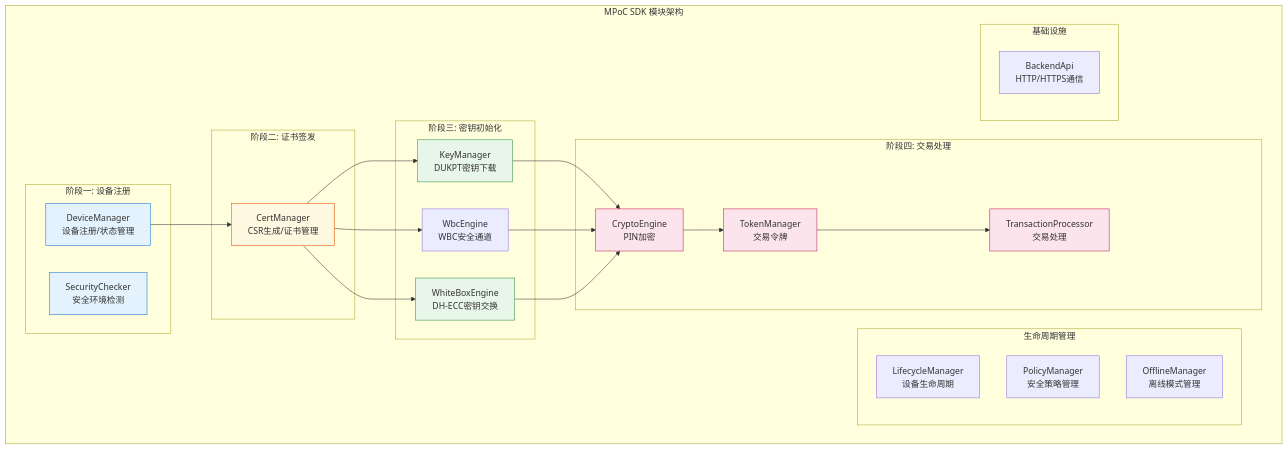
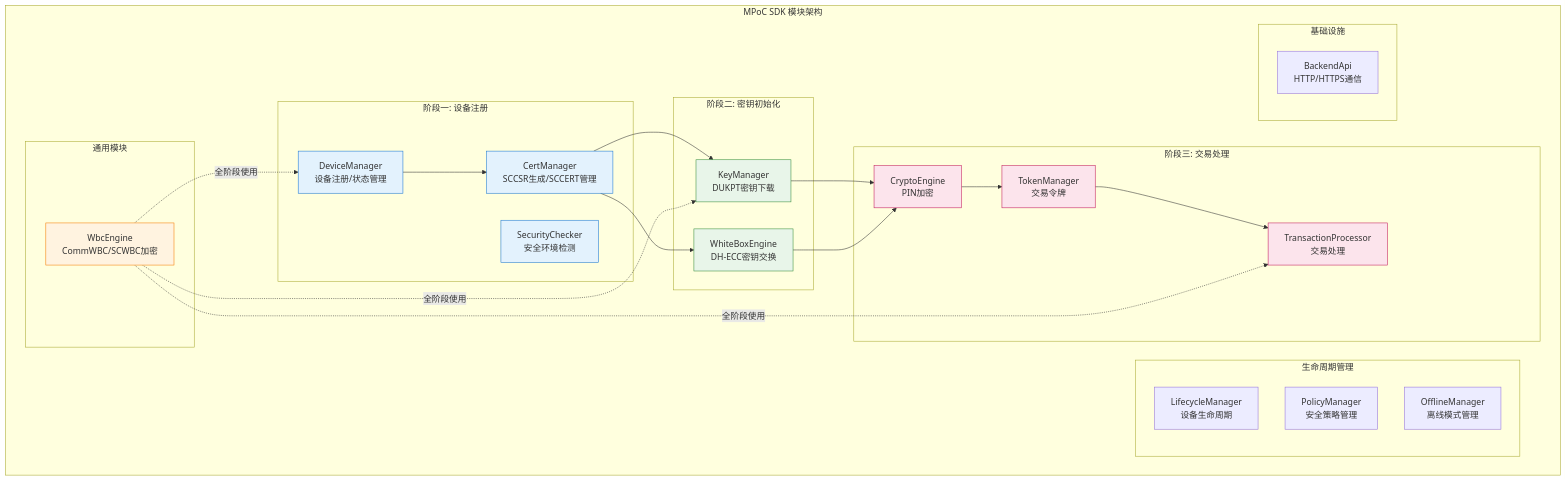
One commit to kevinwangl/sunbay-softpos-docs changed the second of 23 diagrams in solution/MPOC_SDK_API_GUIDE.md. Above: the diagram before and after it, drawn with Mermaid. The commit also changed other lines of this file, not shown here.

````diff
--- a/solution/MPOC_SDK_API_GUIDE.md
+++ b/solution/MPOC_SDK_API_GUIDE.md
@@ -164,54 +185,57 @@
 ```mermaid
 graph TB
     subgraph "MPoC SDK 模块架构"
         subgraph "阶段一: 设备注册"
             DM[DeviceManager<br/>设备注册/状态管理]
             SC[SecurityChecker<br/>安全环境检测]
+            CM[CertManager<br/>SCCSR生成/SCCERT管理]
         end
         
-        subgraph "阶段二: 证书签发"
-            CM[CertManager<br/>CSR生成/证书管理]
-        end
-        
-        subgraph "阶段三: 密钥初始化"
+        subgraph "阶段二: 密钥初始化"
             KM[KeyManager<br/>DUKPT密钥下载]
-            WE[WbcEngine<br/>WBC安全通道]
             WB[WhiteBoxEngine<br/>DH-ECC密钥交换]
         end
         
-        subgraph "阶段四: 交易处理"
+        subgraph "阶段三: 交易处理"
             CE[CryptoEngine<br/>PIN加密]
             TM[TokenManager<br/>交易令牌]
             TP[TransactionProcessor<br/>交易处理]
+        end
+        
+        subgraph "通用模块"
+            WE[WbcEngine<br/>CommWBC/SCWBC加密]
         end
         
         subgraph "生命周期管理"
             LM[LifecycleManager<br/>设备生命周期]
             PM[PolicyManager<br/>安全策略管理]
             OM[OfflineManager<br/>离线模式管理]
         end
         
         subgraph "基础设施"
             BA[BackendApi<br/>HTTP/HTTPS通信]
         end
     end
     
     DM --> CM
     CM --> KM
-    CM --> WE
     CM --> WB
     KM --> CE
-    WE --> CE
     WB --> CE
     CE --> TM
     TM --> TP
     
+    WE -.->|全阶段使用| DM
+    WE -.->|全阶段使用| KM
+    WE -.->|全阶段使用| TP
+    
     style DM fill:#e3f2fd,stroke:#1976d2
     style SC fill:#e3f2fd,stroke:#1976d2
-    style CM fill:#fff8e1,stroke:#e65100
+    style CM fill:#e3f2fd,stroke:#1976d2
     style KM fill:#e8f5e9,stroke:#388e3c
     style WB fill:#e8f5e9,stroke:#388e3c
     style CE fill:#fce4ec,stroke:#c2185b
     style TM fill:#fce4ec,stroke:#c2185b
     style TP fill:#fce4ec,stroke:#c2185b
+    style WE fill:#fff3e0,stroke:#f57c00
 ```
````
